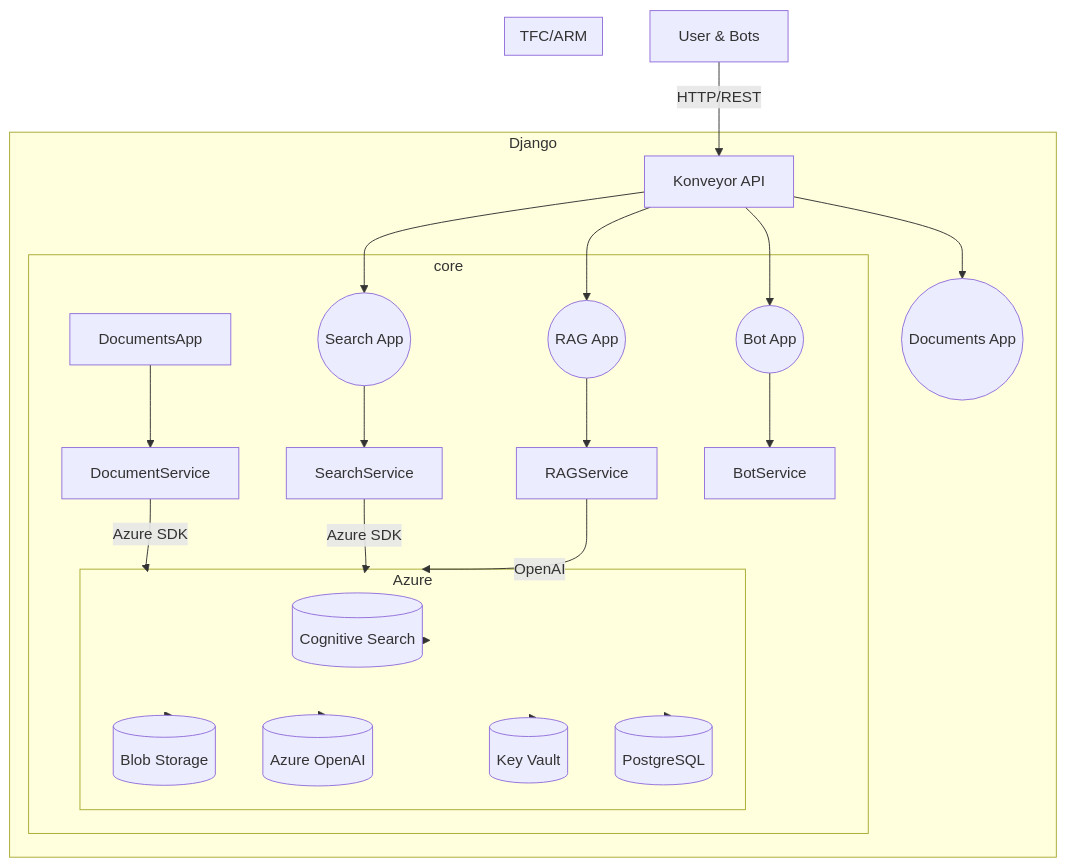
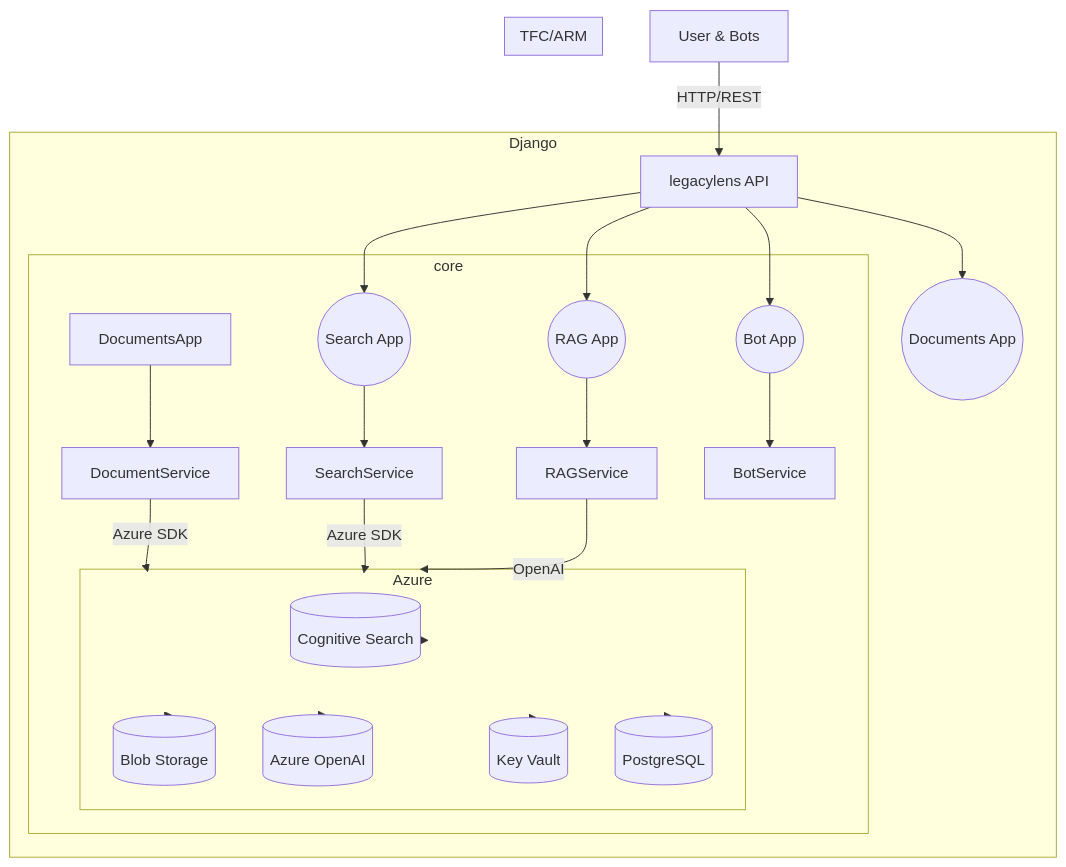
One commit to shivamgoel234/LegacyLens changed the diagram in docs/architecture.md. Above: the diagram before and after it, drawn with Mermaid. The commit also changed other lines of this file and 257 other files, not shown here.

````diff
--- a/docs/architecture.md
+++ b/docs/architecture.md
@@ -39,35 +39,35 @@
 ```mermaid
 graph TD
   UI[User & Bots]
-  UI -->|HTTP/REST| API[Konveyor API]
+  UI -->|HTTP/REST| API[legacylens API]
   subgraph Backend[Django]
     API --> DocsApp((Documents App))
     API --> SearchApp((Search App))
     API --> RAGApp((RAG App))
     API --> BotApp((Bot App))
     subgraph Core[core]
       DocumentsApp-->DocumentService
       SearchApp-->SearchService
       RAGApp-->RAGService
       BotApp-->BotService
       DocumentService-- Azure SDK --> AzureServices
       SearchService-- Azure SDK --> AzureServices
       RAGService-- OpenAI --> AzureServices
     end
   end
   subgraph AzureServices[Azure]
     CognitiveSearch[(Cognitive Search)]
     BlobStorage[(Blob Storage)]
     OpenAI[(Azure OpenAI)]
     KeyVault[(Key Vault)]
     PostgreSQL[(PostgreSQL)]
   end
   Core --> CognitiveSearch
   Core --> BlobStorage
   Core --> OpenAI
   Core --> KeyVault
   Core --> PostgreSQL
   subgraph Infra[TFC/ARM]
     AzureServices
   end
 ```
````
